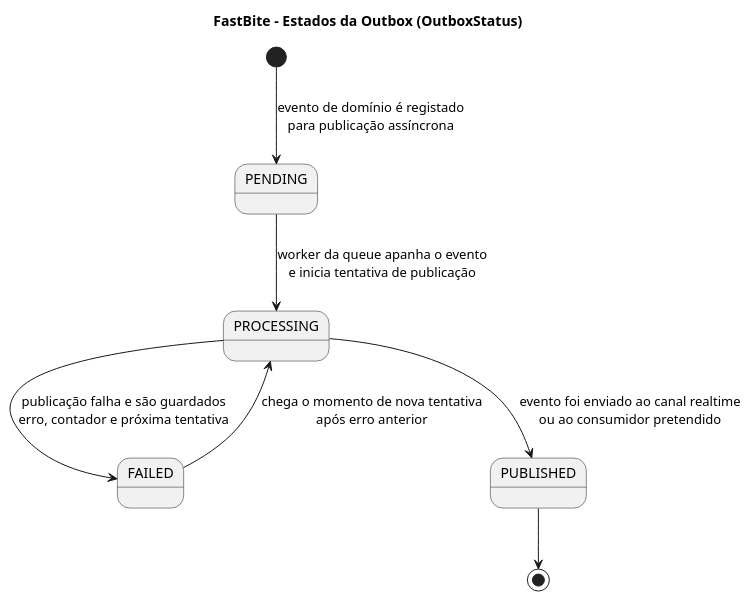
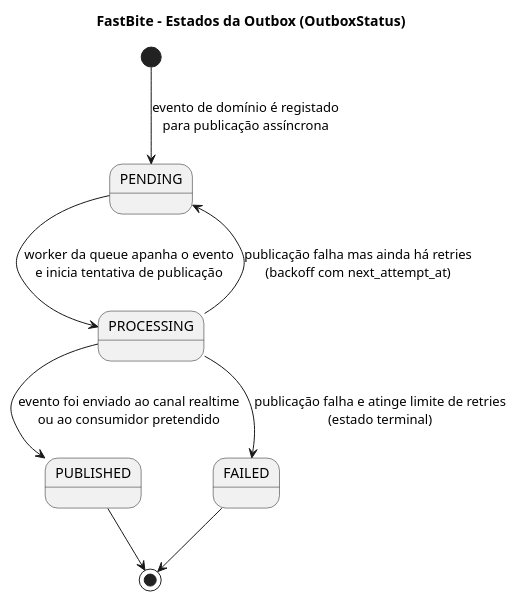
Before and after one commit to DuarteMSousa/FastBite: the diagram in Documentacao/docs novas/04g_estado_outbox.puml, drawn with PlantUML. The commit also changed 4 other files, not shown here.

First line of the commit message:
UML diagrams: delivery cardinality & fixes

```diff
--- a/Documentacao/docs novas/04g_estado_outbox.puml
+++ b/Documentacao/docs novas/04g_estado_outbox.puml
@@ -1,16 +1,17 @@
 @startuml FastBite_State_Outbox
 title FastBite - Estados da Outbox (OutboxStatus)
 
 skinparam shadowing false
 
 [*] --> PENDING : evento de domínio é registado\npara publicação assíncrona
 
 PENDING --> PROCESSING : worker da queue apanha o evento\ne inicia tentativa de publicação
-FAILED --> PROCESSING : chega o momento de nova tentativa\napós erro anterior
 
 PROCESSING --> PUBLISHED : evento foi enviado ao canal realtime\nou ao consumidor pretendido
-PROCESSING --> FAILED : publicação falha e são guardados\nerro, contador e próxima tentativa
+PROCESSING --> PENDING : publicação falha mas ainda há retries\n(backoff com next_attempt_at)
+PROCESSING --> FAILED : publicação falha e atinge limite de retries\n(estado terminal)
 
 PUBLISHED --> [*]
+FAILED --> [*]
 
 @enduml
```
